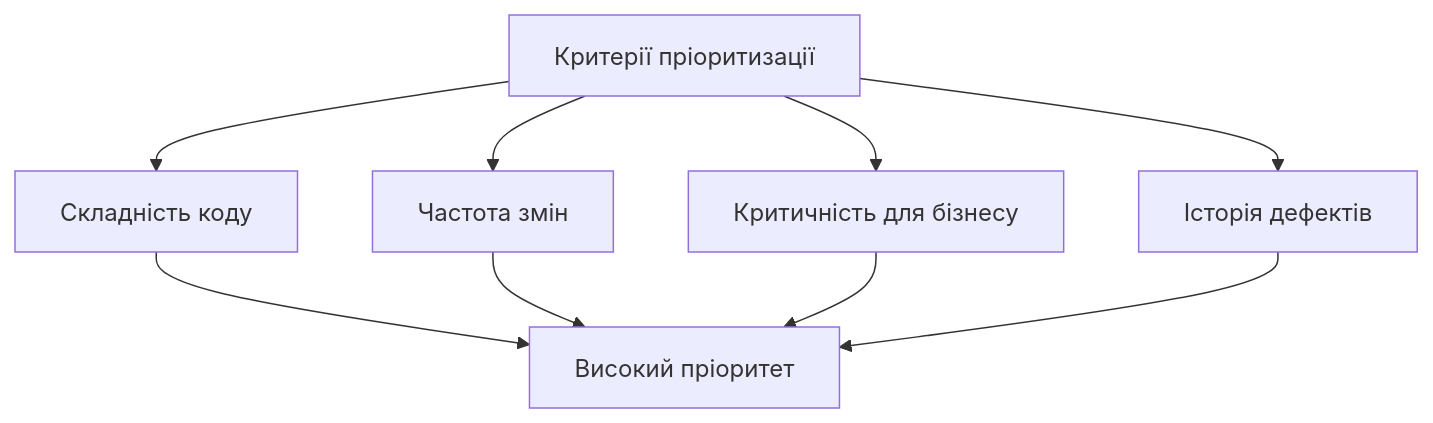
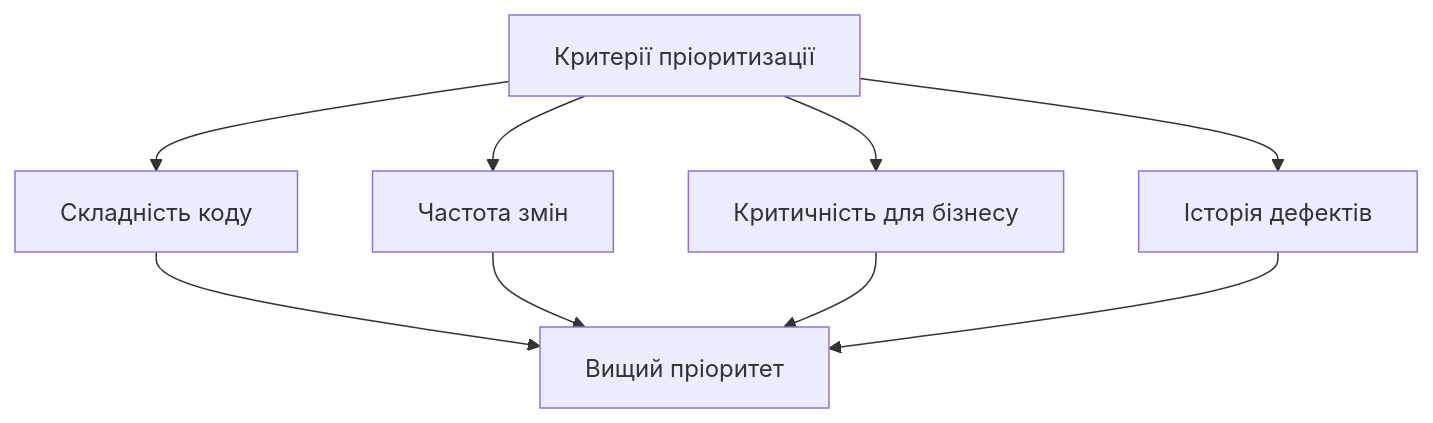
Before and after one commit to olroi421/course-opi-v2: the eighth of 9 diagrams in presentations/presentation-12.md, drawn with Mermaid. The commit also changed other lines of this file and 9 other files, not shown here.

````diff
--- a/presentations/presentation-12.md
+++ b/presentations/presentation-12.md
@@ -382,12 +492,12 @@
 ```mermaid
 graph TB
     A[Критерії пріоритизації] --> B[Складність коду]
     A --> C[Частота змін]
     A --> D[Критичність для бізнесу]
     A --> E[Історія дефектів]
 
-    B --> F[Високий пріоритет]
+    B --> F[Вищий пріоритет]
     C --> F
     D --> F
     E --> F
 ```
````
